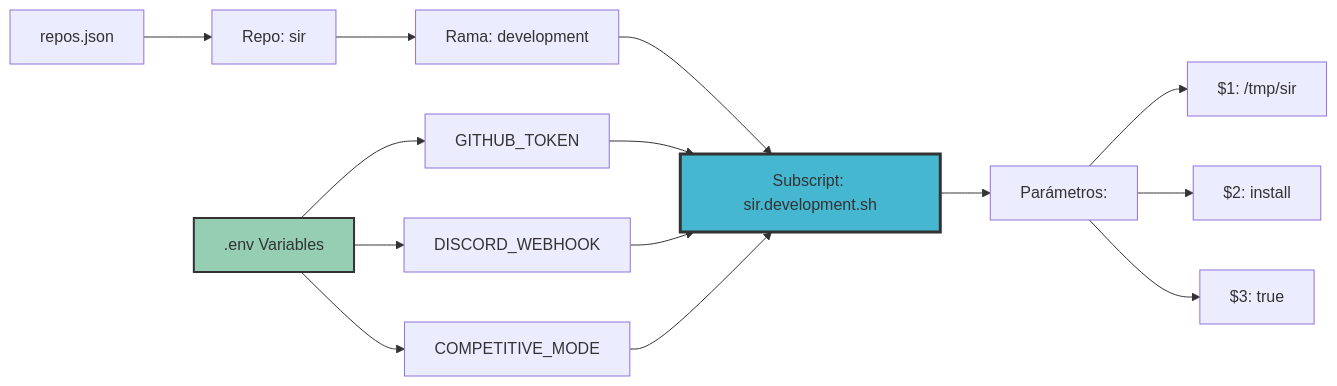
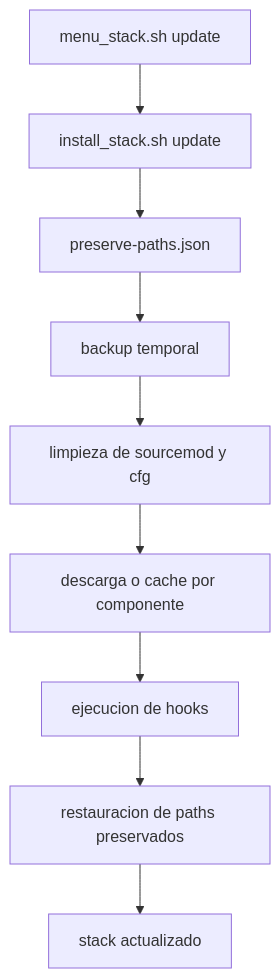
The third of 3 diagrams in docs/flowcharts.md (AoC-Gamers/Docker-L4D2-Competitive), drawn with Mermaid before and after one commit. The commit also changed other lines of this file and 46 other files, not shown here.

````diff
--- a/docs/flowcharts.md
+++ b/docs/flowcharts.md
@@ -126,21 +42,11 @@
 ```mermaid
-graph LR
-    A[repos.json] --> B[Repo: sir]
-    B --> C[Rama: development]
-    C --> D[Subscript: sir.development.sh]
-    D --> E[Parámetros:]
-    E --> F["$1: /tmp/sir"]
-    E --> G["$2: install"]
-    E --> H["$3: true"]
-    
-    I[.env Variables] --> J[GITHUB_TOKEN]
-    I --> K[DISCORD_WEBHOOK]
-    I --> L[COMPETITIVE_MODE]
-    
-    J --> D
-    K --> D
-    L --> D
-    
-    style D fill:#45b7d1,stroke:#333,stroke-width:3px
-    style I fill:#96ceb4,stroke:#333,stroke-width:2px
+graph TD
+    A[menu_stack.sh update] --> B[install_stack.sh update]
+    B --> C[preserve-paths.json]
+    C --> D[backup temporal]
+    D --> E[limpieza de sourcemod y cfg]
+    E --> F[descarga o cache por componente]
+    F --> G[ejecucion de hooks]
+    G --> H[restauracion de paths preservados]
+    H --> I[stack actualizado]
 ```
````
